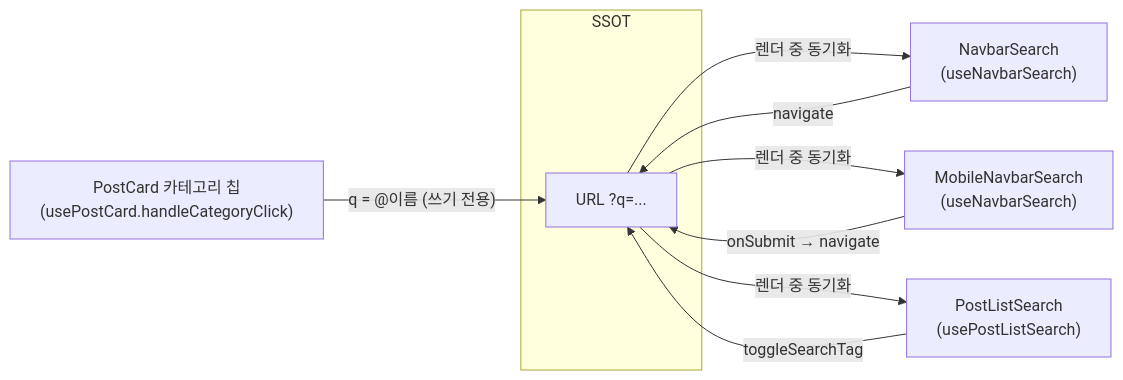
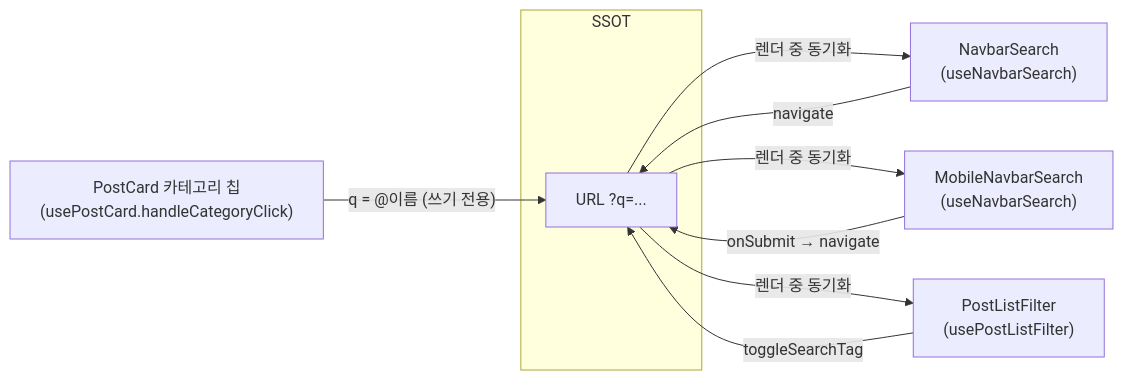
One commit to BAECHAN/link-sphere_FE_NEW changed the second of 2 diagrams in docs/SEARCH.md. Above: the diagram before and after it, drawn with Mermaid. The commit also changed other lines of this file and 50 other files, not shown here.

````diff
--- a/docs/SEARCH.md
+++ b/docs/SEARCH.md
@@ -99,13 +99,13 @@
 ```mermaid
 flowchart LR
   subgraph "SSOT"
     Q["URL ?q=..."]
   end
   NavbarSearch["NavbarSearch<br/>(useNavbarSearch)"] -->|"navigate"| Q
   Q -->|"렌더 중 동기화"| NavbarSearch
   MobileNavbarSearch["MobileNavbarSearch<br/>(useNavbarSearch)"] -->|"onSubmit → navigate"| Q
   Q -->|"렌더 중 동기화"| MobileNavbarSearch
-  PostListSearch["PostListSearch<br/>(usePostListSearch)"] -->|"toggleSearchTag"| Q
-  Q -->|"렌더 중 동기화"| PostListSearch
+  PostListFilter["PostListFilter<br/>(usePostListFilter)"] -->|"toggleSearchTag"| Q
+  Q -->|"렌더 중 동기화"| PostListFilter
   PostCard["PostCard 카테고리 칩<br/>(usePostCard.handleCategoryClick)"] -->|"q = @이름 (쓰기 전용)"| Q
 ```
````
